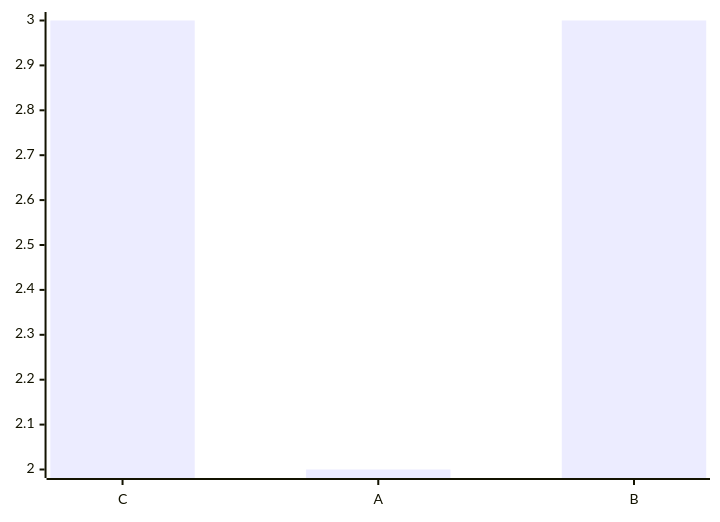
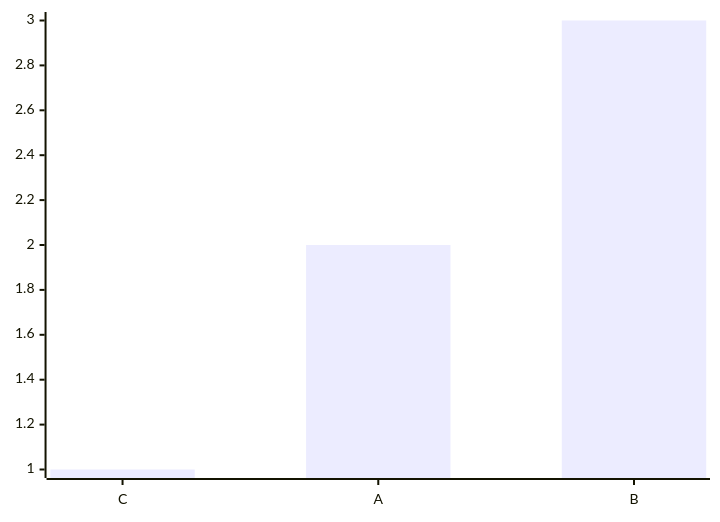
One commit to Excidion/seanymph changed the diagram in docs/tests/TestDataFrame/test_order.md. Above: the diagram before and after it, drawn with Mermaid. The commit also changed 5 other files, not shown here.

````diff
--- a/docs/tests/TestDataFrame/test_order.md
+++ b/docs/tests/TestDataFrame/test_order.md
@@ -1,5 +1,5 @@
 ```mermaid
 xychart-beta
     x-axis [C, A, B]
-    bar [3, 2, 3]
+    bar [1, 2, 3]
 ```
````
